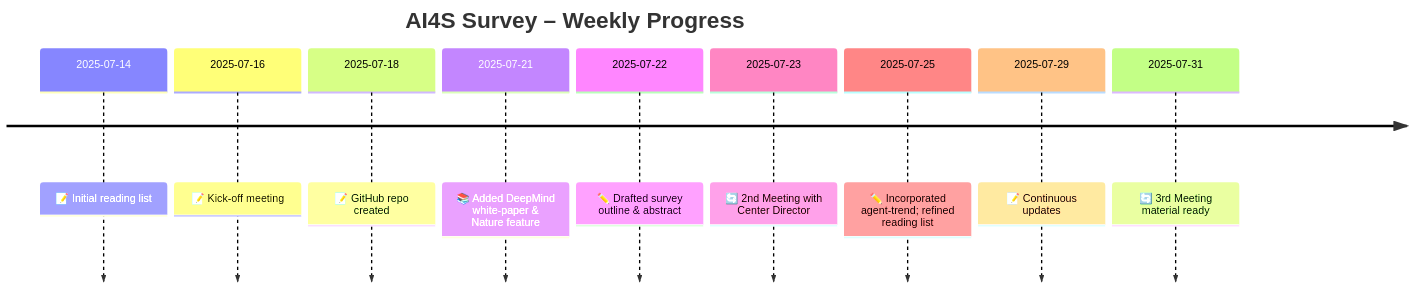
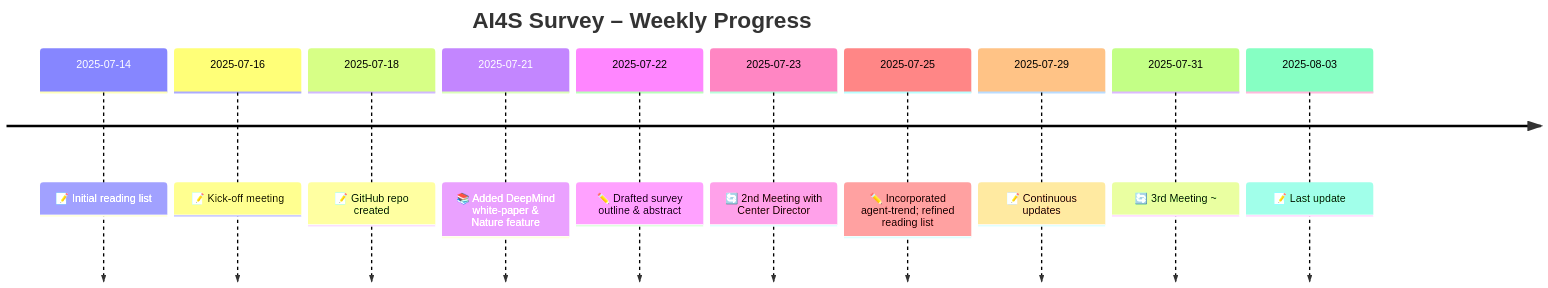
One commit to MI-Hussain/AI4Science changed the diagram in README.md. Above: the diagram before and after it, drawn with Mermaid.

````diff
--- a/README.md
+++ b/README.md
@@ -225,13 +225,14 @@
 ```mermaid
 timeline
     title AI4S Survey – Weekly Progress
     2025-07-14 : 📝 Initial reading list
     2025-07-16 : 📝 Kick‑off meeting
     2025-07-18 : 📝 GitHub repo created
     2025-07-21 : 📚 Added DeepMind white‑paper & Nature feature
     2025-07-22 : ✏️ Drafted survey outline & abstract
     2025-07-23 : 🔄 2nd Meeting with Center Director
     2025-07-25 : ✏️ Incorporated agent‑trend; refined reading list
     2025-07-29 : 📝 Continuous updates
-    2025-07-31 : 🔄 3rd Meeting material ready
+    2025-07-31 : 🔄 3rd Meeting ~
+    2025-08-03 : 📝 Last update
 ```
````
